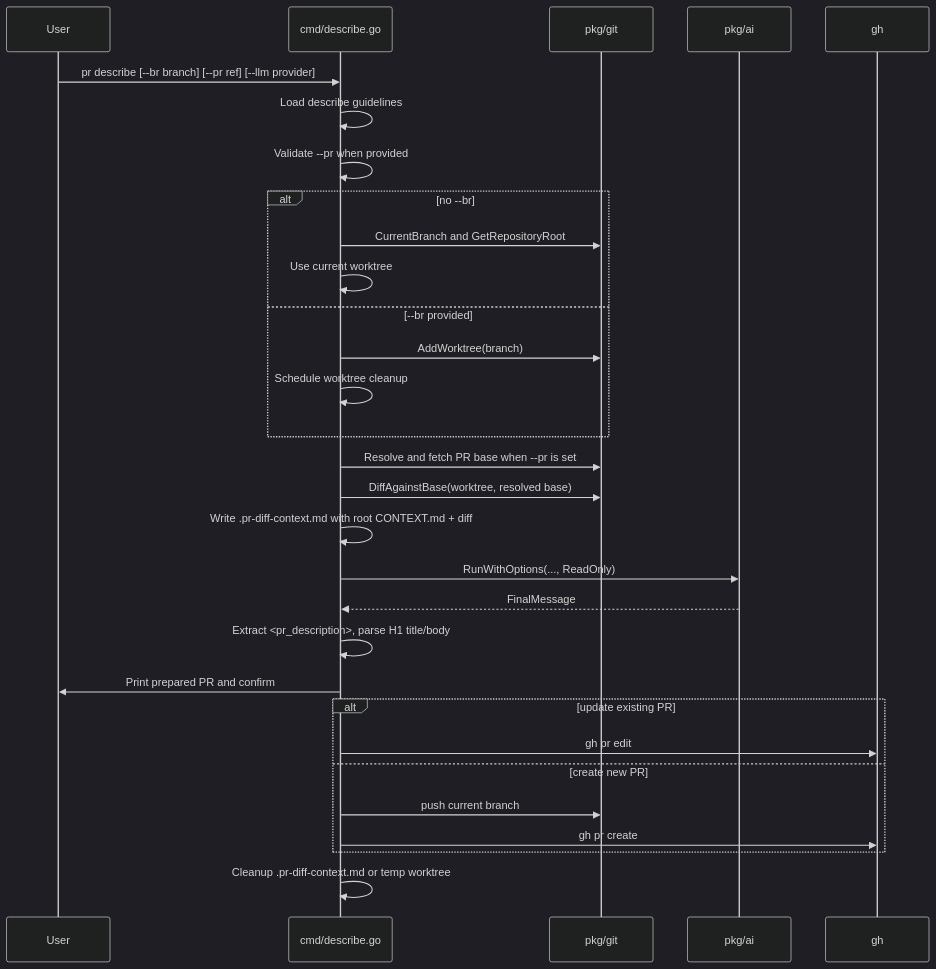
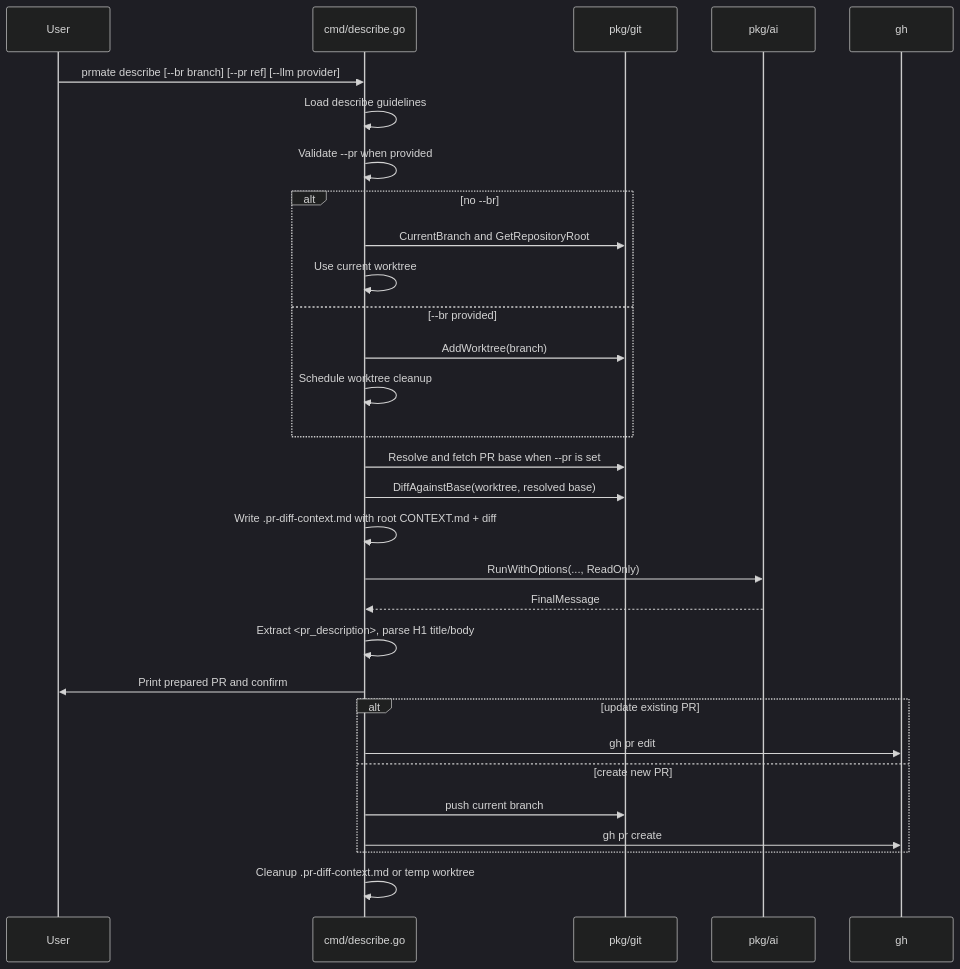
One commit to mpiorowski/prmate changed the third of 4 diagrams in CONTEXT.md. Above: the diagram before and after it, drawn with Mermaid (dark theme). The commit also changed other lines of this file and 3 other files, not shown here.

````diff
--- a/CONTEXT.md
+++ b/CONTEXT.md
@@ -176,33 +176,33 @@
 ```mermaid
 sequenceDiagram
     participant U as User
     participant D as cmd/describe.go
     participant G as pkg/git
     participant A as pkg/ai
     participant GH as gh
 
-    U->>D: pr describe [--br branch] [--pr ref] [--llm provider]
+    U->>D: prmate describe [--br branch] [--pr ref] [--llm provider]
     D->>D: Load describe guidelines
     D->>D: Validate --pr when provided
     alt no --br
         D->>G: CurrentBranch and GetRepositoryRoot
         D->>D: Use current worktree
     else --br provided
         D->>G: AddWorktree(branch)
         D->>D: Schedule worktree cleanup
     end
     D->>G: Resolve and fetch PR base when --pr is set
     D->>G: DiffAgainstBase(worktree, resolved base)
     D->>D: Write .pr-diff-context.md with root CONTEXT.md + diff
     D->>A: RunWithOptions(..., ReadOnly)
     A-->>D: FinalMessage
     D->>D: Extract <pr_description>, parse H1 title/body
     D->>U: Print prepared PR and confirm
     alt update existing PR
         D->>GH: gh pr edit
     else create new PR
         D->>G: push current branch
         D->>GH: gh pr create
     end
     D->>D: Cleanup .pr-diff-context.md or temp worktree
 ```
````
